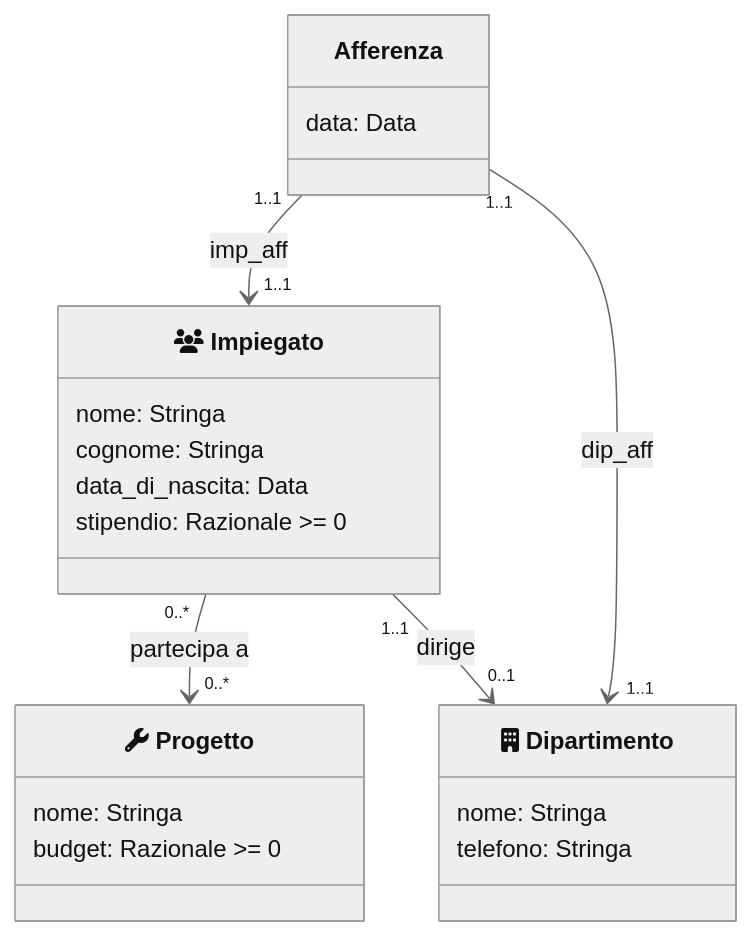
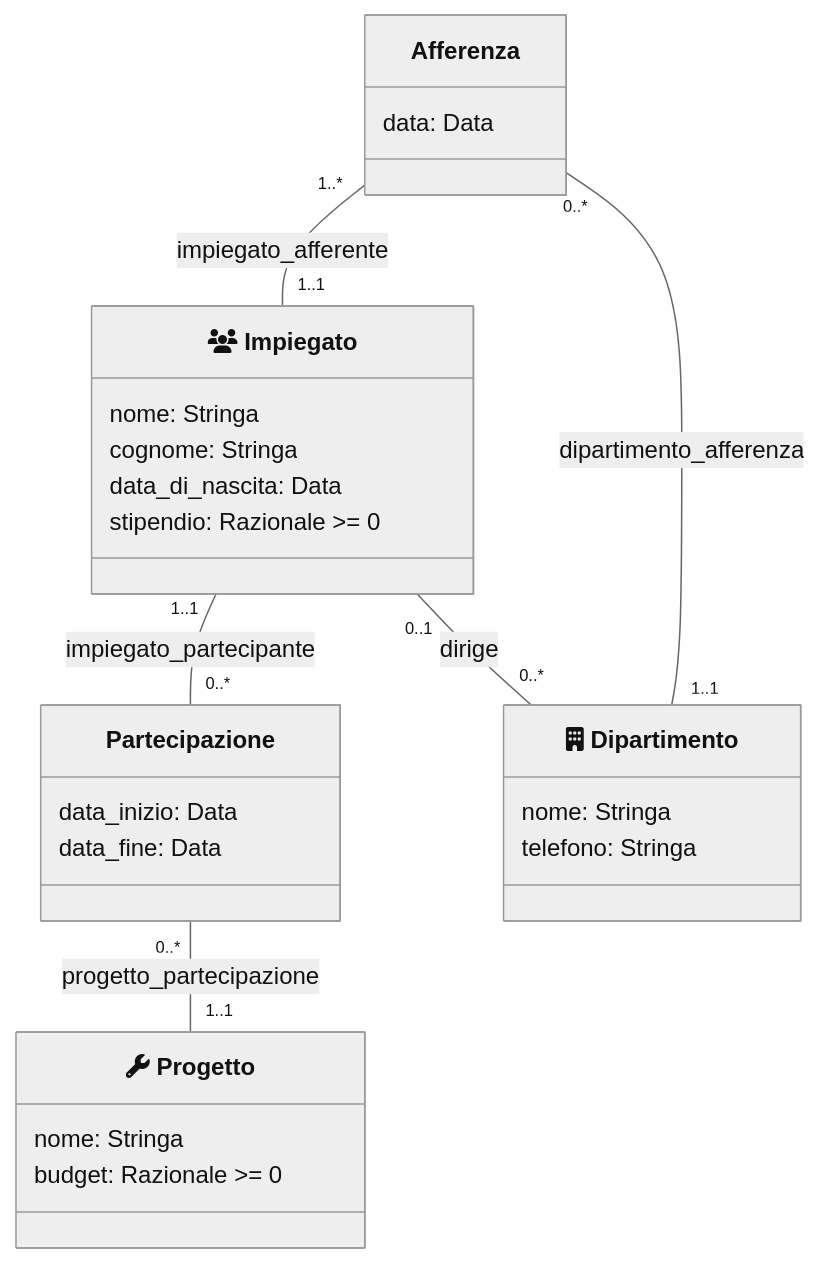
One commit to CuriousCI/university changed the first of 2 diagrams in book/basi-di-dati-2/azienda-1.md. Above: the diagram before and after it, drawn with Mermaid (neutral theme). The commit also changed other lines of this file, not shown here.

````diff
--- a/book/basi-di-dati-2/azienda-1.md
+++ b/book/basi-di-dati-2/azienda-1.md
@@ -38,34 +49,38 @@
 ```mermaid
 classDiagram
-	%%namespace Diagramma {
     class Impiegato {
         nome: Stringa
         cognome: Stringa
         data_di_nascita: Data
         stipendio: Razionale >= 0
     }
     class Impiegato["fa:fa-users Impiegato"]
 
     class Dipartimento {
         nome: Stringa
         telefono: Stringa
     }
     class Dipartimento["fa:fa-building Dipartimento"]
 
     class Afferenza {
         data: Data
     }
 
     class Progetto {
         nome: Stringa
         budget: Razionale >= 0
     }
     class Progetto["fa:fa-wrench Progetto"]
 
-	%%}
+    class Partecipazione {
+        data_inizio: Data
+        data_fine: Data
+    }
 
-	Impiegato "0..*" --> "0..*" Progetto : partecipa a
-	Impiegato "1..1" --> "0..1" Dipartimento : dirige
-	Afferenza "1..1" --> "1..1" Impiegato : imp_aff
-	Afferenza "1..1" --> "1..1" Dipartimento : dip_aff
+
+	Impiegato "1..1" -- "0..*" Partecipazione : impiegato_partecipante 
+    Partecipazione "0..*" -- "1..1" Progetto : progetto_partecipazione
+	Impiegato "0..1" -- "0..*" Dipartimento : dirige
+	Afferenza "1..*" -- "1..1" Impiegato : impiegato_afferente
+	Afferenza "0..*" -- "1..1" Dipartimento : dipartimento_afferenza
 ```
````
